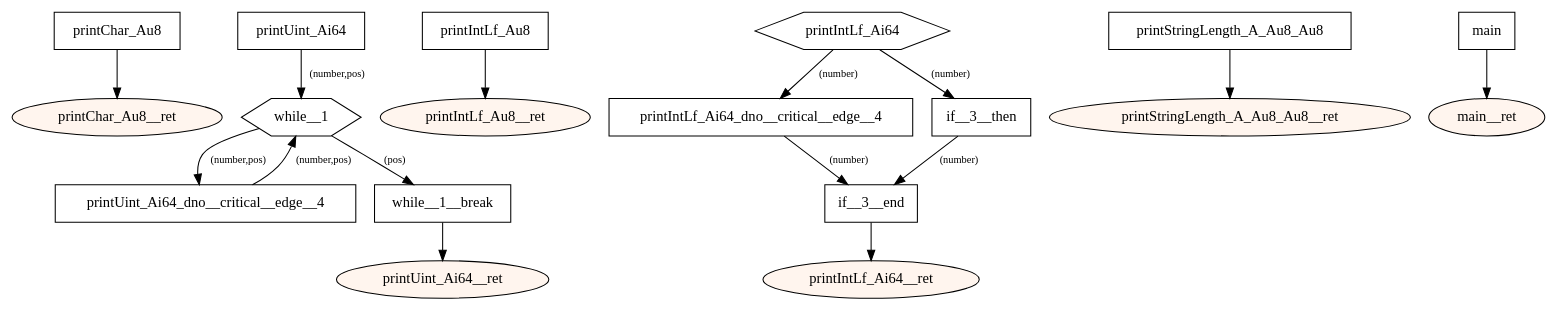
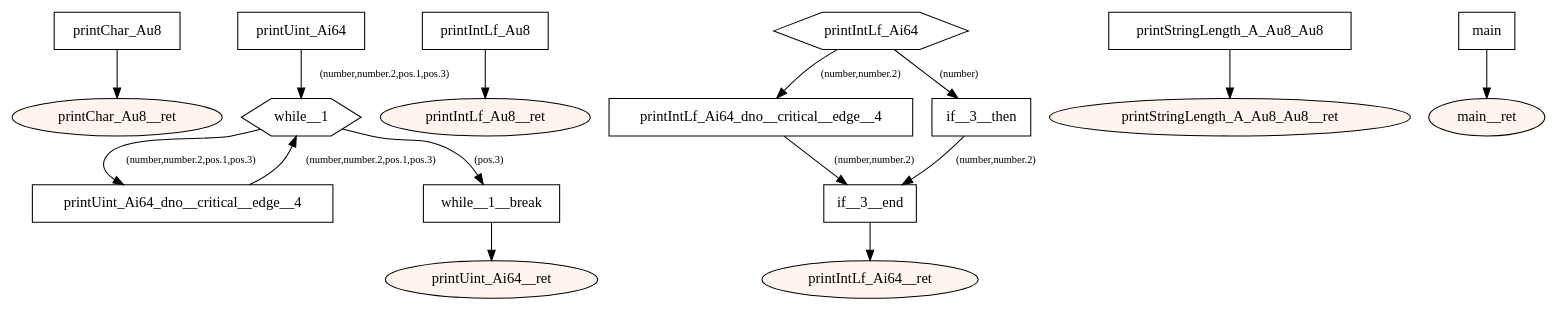
Before and after one commit to tmssngr/tinyC: the diagram in src/main/resources-test/compiler/windows/localvars.dot, drawn with Graphviz. The commit also changed 90 other files, not shown here.

```diff
--- a/src/main/resources-test/compiler/windows/localvars.dot
+++ b/src/main/resources-test/compiler/windows/localvars.dot
@@ -1,47 +1,47 @@
 digraph program {
 	edge[fontsize="10pt"];
 	subgraph fn_printChar_Au8 {
 		BasicBlock_0_printChar_Au8 [label="printChar_Au8",shape=box];
 		BasicBlock_0_printChar_Au8 -> BasicBlock_0_printChar_Au8__ret;
 		BasicBlock_0_printChar_Au8__ret [label="printChar_Au8__ret",shape=oval,style=filled,fillcolor="#fff5ee"];
 	}
 	subgraph fn_printUint_Ai64 {
 		BasicBlock_1_printUint_Ai64 [label="printUint_Ai64",shape=box];
-		BasicBlock_1_printUint_Ai64 -> BasicBlock_1_while__1 [label="(number,pos)"];
+		BasicBlock_1_printUint_Ai64 -> BasicBlock_1_while__1 [label="(number,number.2,pos.1,pos.3)"];
 		BasicBlock_1_printUint_Ai64_dno__critical__edge__4 [label="printUint_Ai64_dno__critical__edge__4",shape=box];
-		BasicBlock_1_printUint_Ai64_dno__critical__edge__4 -> BasicBlock_1_while__1 [label="(number,pos)"];
+		BasicBlock_1_printUint_Ai64_dno__critical__edge__4 -> BasicBlock_1_while__1 [label="(number,number.2,pos.1,pos.3)"];
 		BasicBlock_1_while__1 [label="while__1",shape=hexagon];
-		BasicBlock_1_while__1 -> BasicBlock_1_printUint_Ai64_dno__critical__edge__4 [label="(number,pos)"];
-		BasicBlock_1_while__1 -> BasicBlock_1_while__1__break [label="(pos)"];
+		BasicBlock_1_while__1 -> BasicBlock_1_printUint_Ai64_dno__critical__edge__4 [label="(number,number.2,pos.1,pos.3)"];
+		BasicBlock_1_while__1 -> BasicBlock_1_while__1__break [label="(pos.3)"];
 		BasicBlock_1_while__1__break [label="while__1__break",shape=box];
 		BasicBlock_1_while__1__break -> BasicBlock_1_printUint_Ai64__ret;
 		BasicBlock_1_printUint_Ai64__ret [label="printUint_Ai64__ret",shape=oval,style=filled,fillcolor="#fff5ee"];
 	}
 	subgraph fn_printIntLf_Au8 {
 		BasicBlock_2_printIntLf_Au8 [label="printIntLf_Au8",shape=box];
 		BasicBlock_2_printIntLf_Au8 -> BasicBlock_2_printIntLf_Au8__ret;
 		BasicBlock_2_printIntLf_Au8__ret [label="printIntLf_Au8__ret",shape=oval,style=filled,fillcolor="#fff5ee"];
 	}
 	subgraph fn_printIntLf_Ai64 {
 		BasicBlock_3_printIntLf_Ai64 [label="printIntLf_Ai64",shape=hexagon];
-		BasicBlock_3_printIntLf_Ai64 -> BasicBlock_3_printIntLf_Ai64_dno__critical__edge__4 [label="(number)"];
+		BasicBlock_3_printIntLf_Ai64 -> BasicBlock_3_printIntLf_Ai64_dno__critical__edge__4 [label="(number,number.2)"];
 		BasicBlock_3_printIntLf_Ai64 -> BasicBlock_3_if__3__then [label="(number)"];
 		BasicBlock_3_printIntLf_Ai64_dno__critical__edge__4 [label="printIntLf_Ai64_dno__critical__edge__4",shape=box];
-		BasicBlock_3_printIntLf_Ai64_dno__critical__edge__4 -> BasicBlock_3_if__3__end [label="(number)"];
+		BasicBlock_3_printIntLf_Ai64_dno__critical__edge__4 -> BasicBlock_3_if__3__end [label="(number,number.2)"];
 		BasicBlock_3_if__3__then [label="if__3__then",shape=box];
-		BasicBlock_3_if__3__then -> BasicBlock_3_if__3__end [label="(number)"];
+		BasicBlock_3_if__3__then -> BasicBlock_3_if__3__end [label="(number,number.2)"];
 		BasicBlock_3_if__3__end [label="if__3__end",shape=box];
 		BasicBlock_3_if__3__end -> BasicBlock_3_printIntLf_Ai64__ret;
 		BasicBlock_3_printIntLf_Ai64__ret [label="printIntLf_Ai64__ret",shape=oval,style=filled,fillcolor="#fff5ee"];
 	}
 	subgraph fn_printStringLength_A_Au8_Au8 {
 		BasicBlock_4_printStringLength_A_Au8_Au8 [label="printStringLength_A_Au8_Au8",shape=box];
 		BasicBlock_4_printStringLength_A_Au8_Au8 -> BasicBlock_4_printStringLength_A_Au8_Au8__ret;
 		BasicBlock_4_printStringLength_A_Au8_Au8__ret [label="printStringLength_A_Au8_Au8__ret",shape=oval,style=filled,fillcolor="#fff5ee"];
 	}
 	subgraph fn_main {
 		BasicBlock_5_main [label="main",shape=box];
 		BasicBlock_5_main -> BasicBlock_5_main__ret;
 		BasicBlock_5_main__ret [label="main__ret",shape=oval,style=filled,fillcolor="#fff5ee"];
 	}
 }
```
